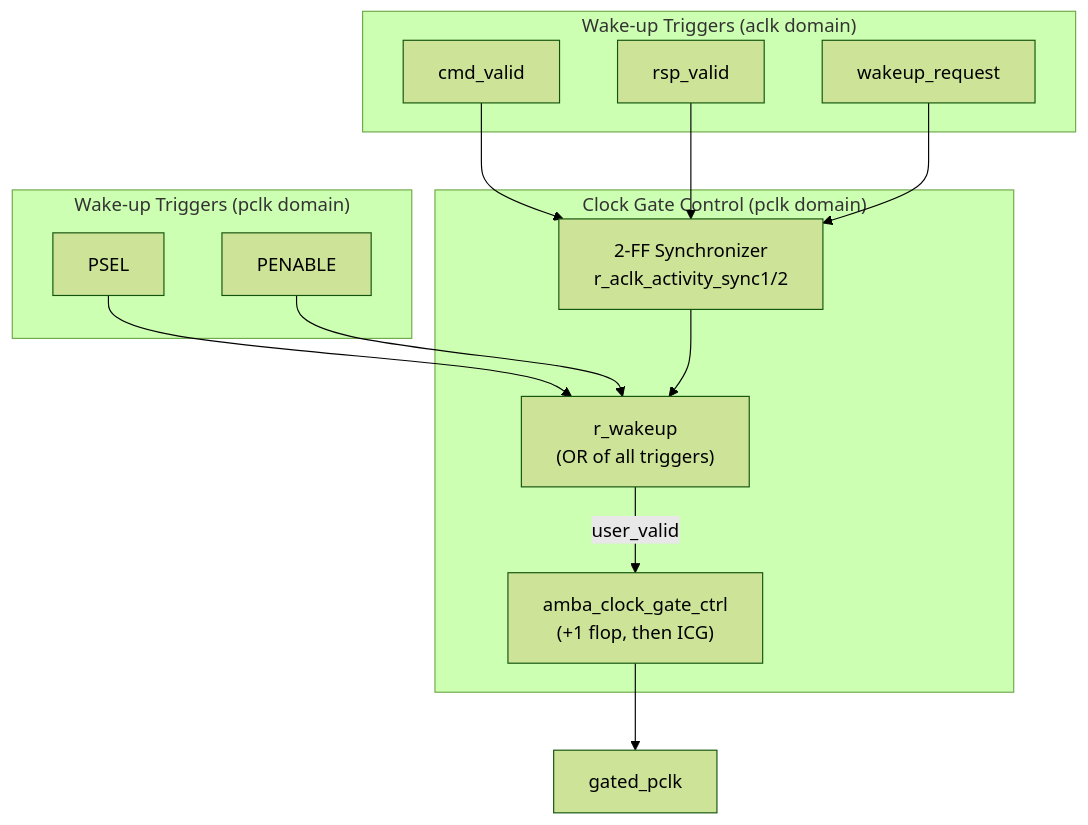
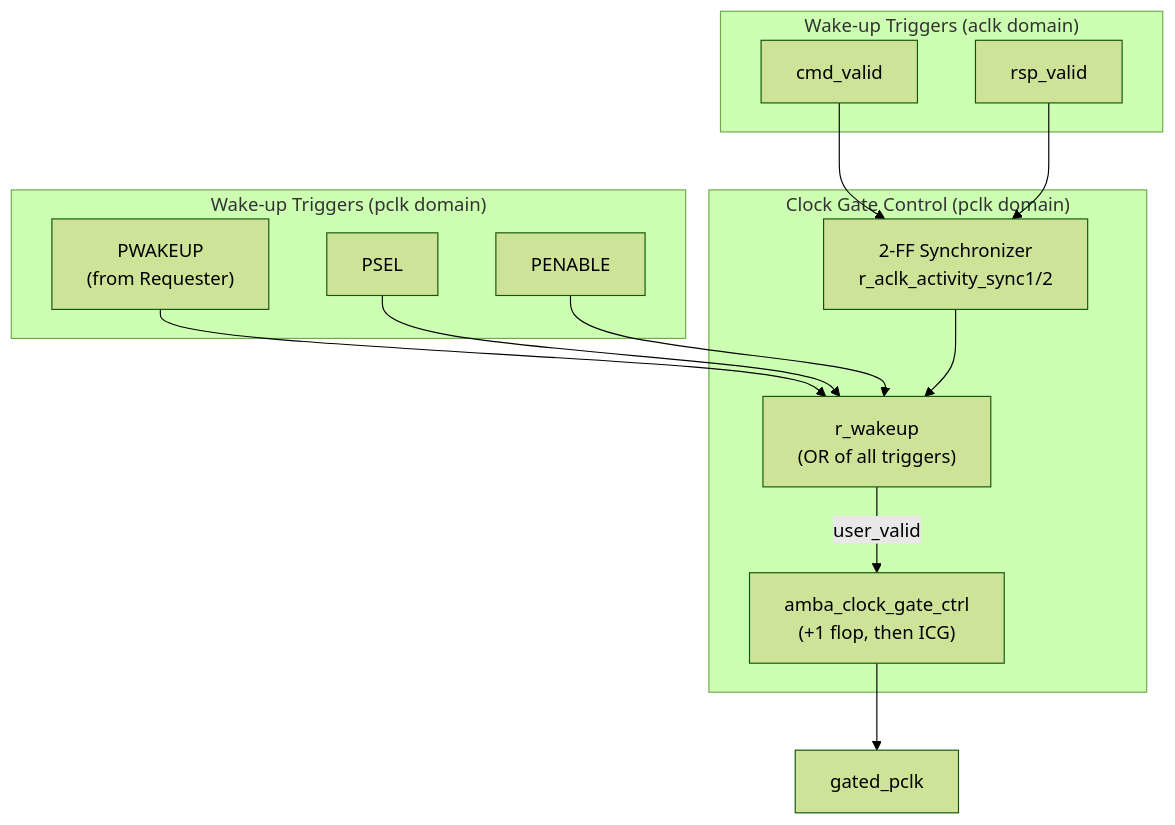
Before and after one commit to sean-galloway/RTLDesignSherpa: the second of 3 diagrams in docs/markdown/rtl-amba/apb5/apb5_slave_cdc_cg.md, drawn with Mermaid (forest theme). The commit also changed other lines of this file and 526 other files, not shown here.

````diff
--- a/docs/markdown/rtl-amba/apb5/apb5_slave_cdc_cg.md
+++ b/docs/markdown/rtl-amba/apb5/apb5_slave_cdc_cg.md
@@ -162,29 +162,29 @@
 ```mermaid
 flowchart TD
     subgraph PCLK_TRIG["Wake-up Triggers (pclk domain)"]
+        pwakeup["PWAKEUP<br/>(from Requester)"]
         psel["PSEL"]
         penable["PENABLE"]
     end
 
     subgraph ACLK_TRIG["Wake-up Triggers (aclk domain)"]
         cmd_valid["cmd_valid"]
         rsp_valid["rsp_valid"]
-        wakeup_req["wakeup_request"]
     end
 
     subgraph CG["Clock Gate Control (pclk domain)"]
         sync["2-FF Synchronizer<br/>r_aclk_activity_sync1/2"]
         wakeup["r_wakeup<br/>(OR of all triggers)"]
         gate["amba_clock_gate_ctrl<br/>(+1 flop, then ICG)"]
     end
 
+    pwakeup --> wakeup
     psel --> wakeup
     penable --> wakeup
     cmd_valid --> sync
     rsp_valid --> sync
-    wakeup_req --> sync
     sync --> wakeup
 
     wakeup -->|user_valid| gate
     gate --> gated_pclk
 ```
````
